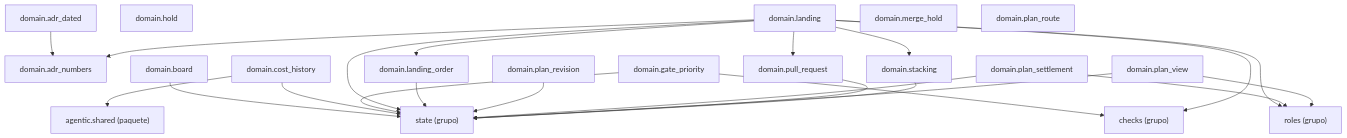
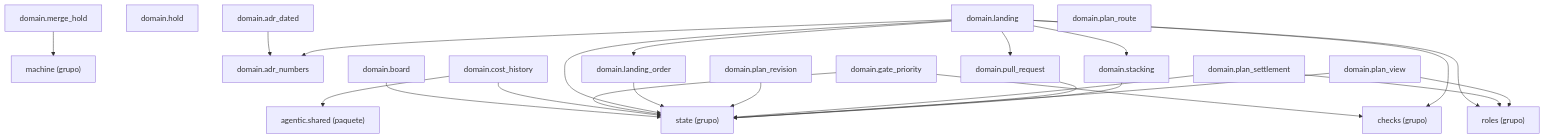
One commit to GonzaloZevallos/agentic-system changed the diagram in docs/architecture/generated/packages-process-domain-landing.md. Above: the diagram before and after it, drawn with Mermaid. The commit also changed 13 other files, not shown here.

First line of the commit message:
Add domain.instant.parse_instant and move rules, rate_limit and merge_hold onto it

````diff
--- a/docs/architecture/generated/packages-process-domain-landing.md
+++ b/docs/architecture/generated/packages-process-domain-landing.md
@@ -13,43 +13,45 @@
 ```mermaid
 graph TD
     g_domain__checks["checks (grupo)"]
+    g_domain__machine["machine (grupo)"]
     g_domain__roles["roles (grupo)"]
     g_domain__state["state (grupo)"]
     g_pkg__agentic__shared["agentic.shared (paquete)"]
     m_domain__adr_dated["domain.adr_dated"]
     m_domain__adr_numbers["domain.adr_numbers"]
     m_domain__board["domain.board"]
     m_domain__cost_history["domain.cost_history"]
     m_domain__gate_priority["domain.gate_priority"]
     m_domain__hold["domain.hold"]
     m_domain__landing["domain.landing"]
     m_domain__landing_order["domain.landing_order"]
     m_domain__merge_hold["domain.merge_hold"]
     m_domain__plan_revision["domain.plan_revision"]
     m_domain__plan_route["domain.plan_route"]
     m_domain__plan_settlement["domain.plan_settlement"]
     m_domain__plan_view["domain.plan_view"]
     m_domain__pull_request["domain.pull_request"]
     m_domain__stacking["domain.stacking"]
     m_domain__adr_dated --> m_domain__adr_numbers
     m_domain__board --> g_domain__state
     m_domain__cost_history --> g_domain__state
     m_domain__cost_history --> g_pkg__agentic__shared
     m_domain__gate_priority --> g_domain__checks
     m_domain__gate_priority --> g_domain__state
     m_domain__landing --> g_domain__checks
     m_domain__landing --> g_domain__roles
     m_domain__landing --> g_domain__state
     m_domain__landing --> m_domain__adr_numbers
     m_domain__landing --> m_domain__landing_order
     m_domain__landing --> m_domain__pull_request
     m_domain__landing --> m_domain__stacking
     m_domain__landing_order --> g_domain__state
+    m_domain__merge_hold --> g_domain__machine
     m_domain__plan_revision --> g_domain__state
     m_domain__plan_settlement --> g_domain__roles
     m_domain__plan_settlement --> g_domain__state
     m_domain__plan_view --> g_domain__roles
     m_domain__plan_view --> g_domain__state
     m_domain__pull_request --> g_domain__state
     m_domain__stacking --> g_domain__state
 ```
````
